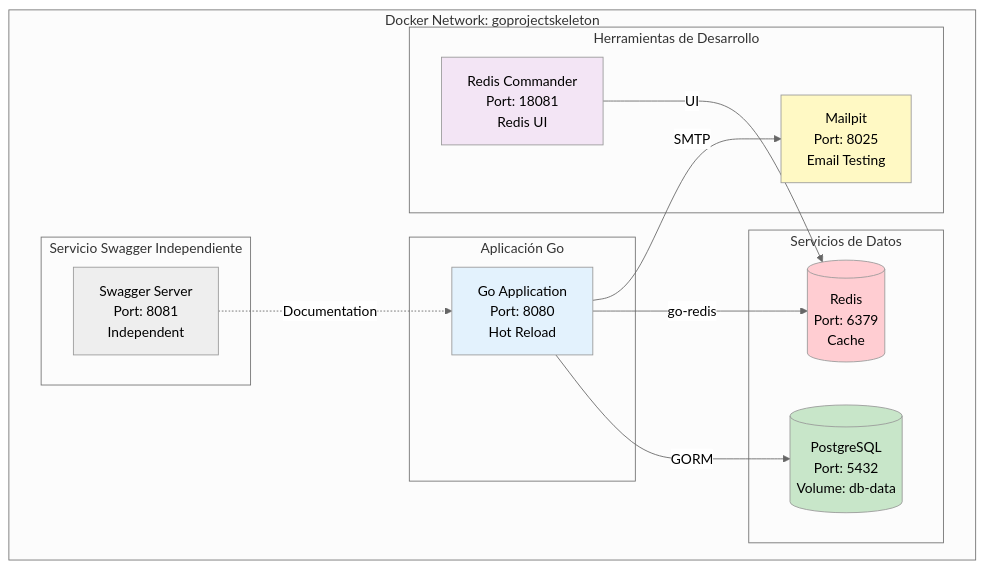
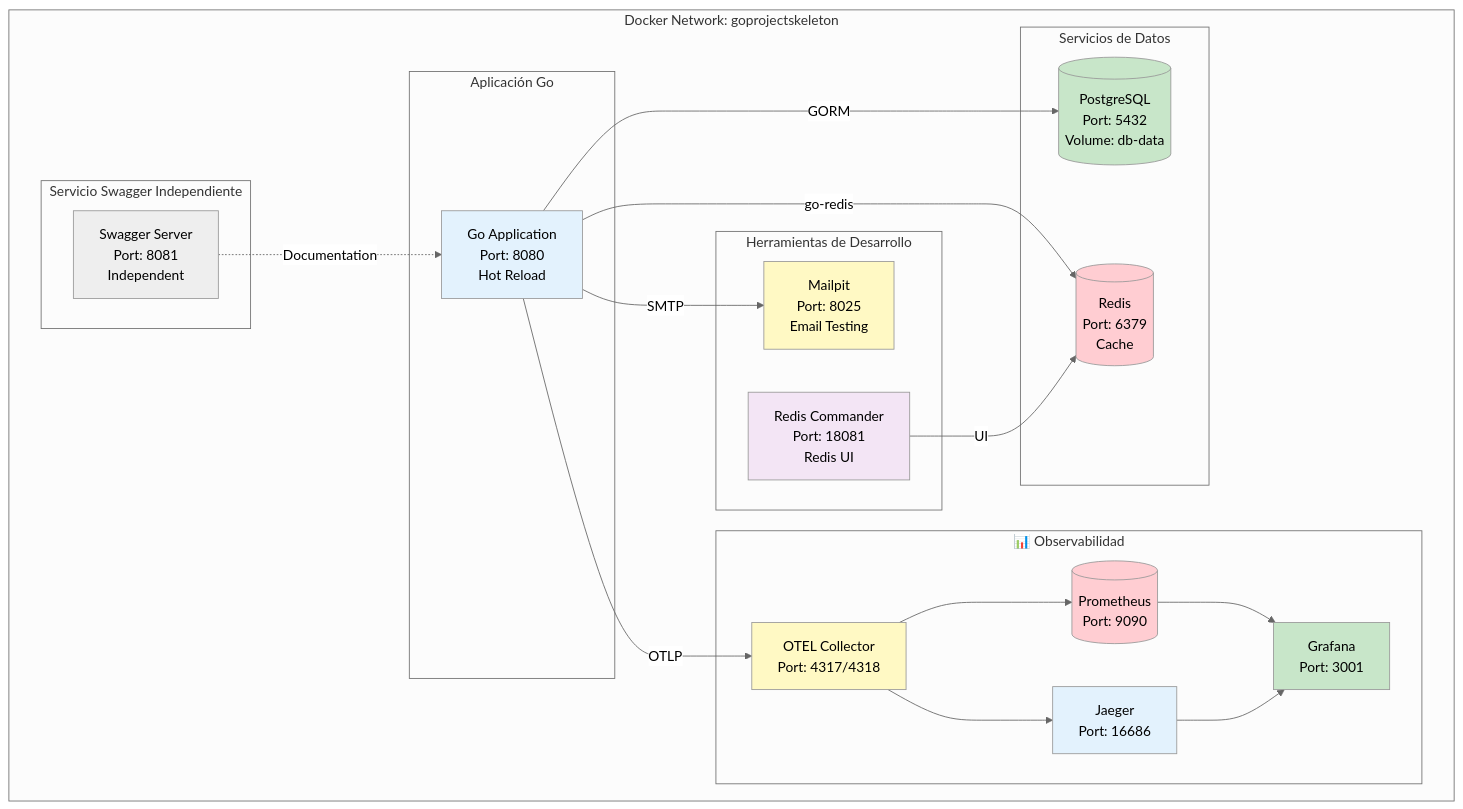
One commit to Simon3640/GoProjectSkeleton changed diagram 28 of 31 in README_ES.md. Above: the diagram before and after it, drawn with Mermaid (neutral theme). The commit also changed other lines of this file and 1 other file, not shown here.

Commit message:
:books: :alien: updating documentation with observability

````diff
--- a/README_ES.md
+++ b/README_ES.md
@@ -4398,35 +5166,52 @@
 ```mermaid
 graph TB
     subgraph DockerNetwork["Docker Network: goprojectskeleton"]
         subgraph AppContainer["Aplicación Go"]
             App[Go Application<br/>Port: 8080<br/>Hot Reload]
         end
 
         subgraph DBServices["Servicios de Datos"]
             PostgreSQL[(PostgreSQL<br/>Port: 5432<br/>Volume: db-data)]
             Redis[(Redis<br/>Port: 6379<br/>Cache)]
         end
 
         subgraph SwaggerService["Servicio Swagger Independiente"]
             Swagger[Swagger Server<br/>Port: 8081<br/>Independent]
         end
 
+        subgraph Observability["📊 Observabilidad"]
+            OTELCollector[OTEL Collector<br/>Port: 4317/4318]
+            Prometheus[(Prometheus<br/>Port: 9090)]
+            Jaeger[Jaeger<br/>Port: 16686]
+            Grafana[Grafana<br/>Port: 3001]
+        end
+
         subgraph DevTools["Herramientas de Desarrollo"]
             Mailpit[Mailpit<br/>Port: 8025<br/>Email Testing]
             RedisCommander[Redis Commander<br/>Port: 18081<br/>Redis UI]
         end
     end
 
     App -->|GORM| PostgreSQL
     App -->|go-redis| Redis
     App -->|SMTP| Mailpit
+    App -->|OTLP| OTELCollector
+
+    OTELCollector --> Prometheus
+    OTELCollector --> Jaeger
+    Prometheus --> Grafana
+    Jaeger --> Grafana
 
     Swagger -.->|Documentation| App
     RedisCommander -->|UI| Redis
 
     style App fill:#e3f2fd
     style PostgreSQL fill:#c8e6c9
     style Redis fill:#ffcdd2
     style Mailpit fill:#fff9c4
     style RedisCommander fill:#f3e5f5
+    style OTELCollector fill:#fff9c4
+    style Prometheus fill:#ffcdd2
+    style Jaeger fill:#e3f2fd
+    style Grafana fill:#c8e6c9
 ```
````
